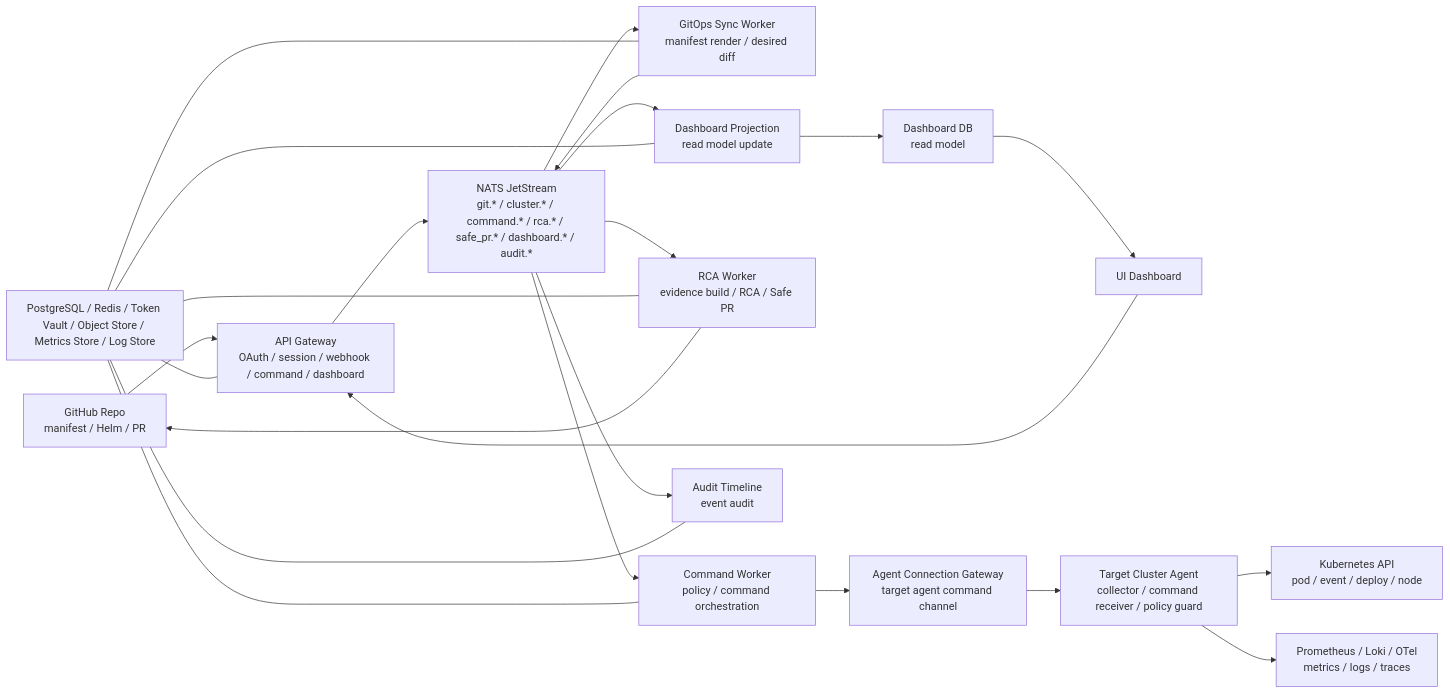
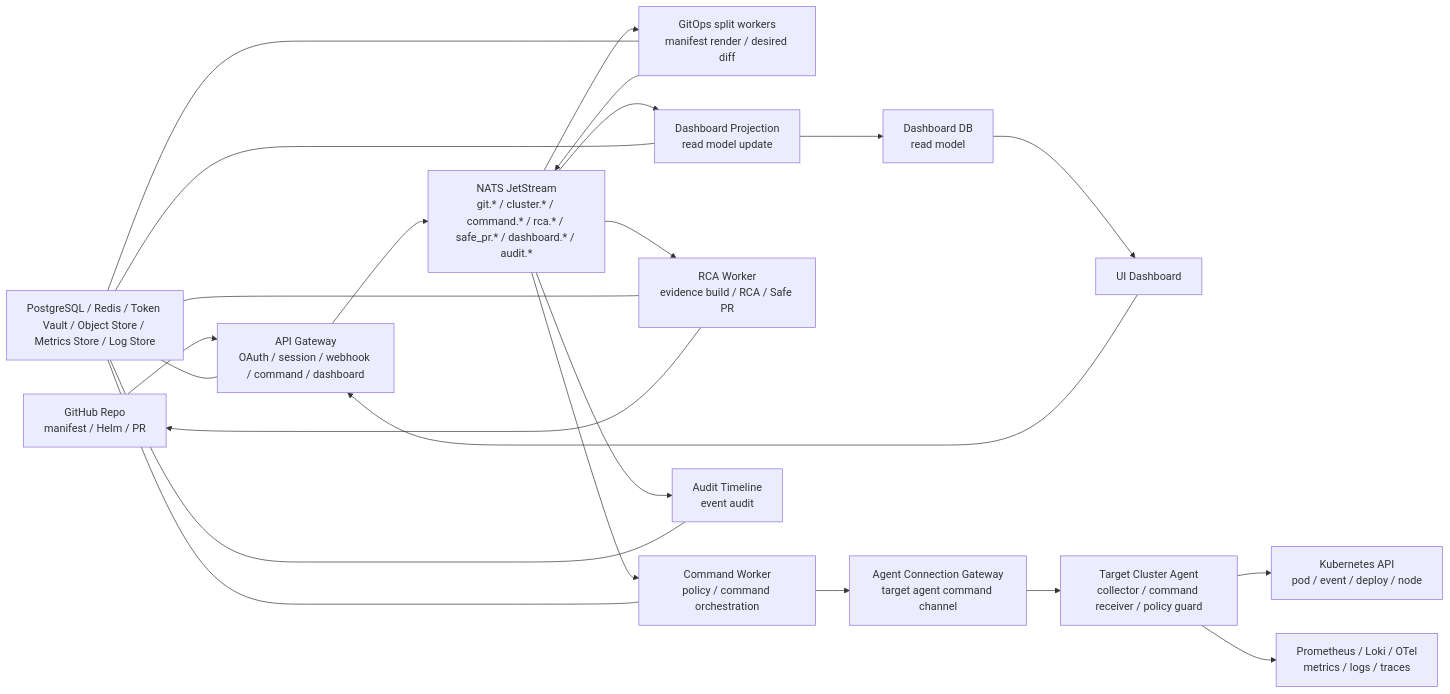
One commit to Jungle-303-04/final changed the diagram in docs/coach-one-page-plan.md. Above: the diagram before and after it, drawn with Mermaid. The commit also changed other lines of this file and 12 other files, not shown here.

````diff
--- a/docs/coach-one-page-plan.md
+++ b/docs/coach-one-page-plan.md
@@ -52,28 +52,28 @@
 ```mermaid
 flowchart LR
     Github["GitHub Repo<br/>manifest / Helm / PR"] --> Gateway["API Gateway<br/>OAuth / session / webhook / command / dashboard"]
     UI["UI Dashboard"] --> Gateway
     Gateway --> Bus["NATS JetStream<br/>git.* / cluster.* / command.* / rca.* / safe_pr.* / dashboard.* / audit.*"]
 
-    Bus --> GitOps["GitOps Sync Worker<br/>manifest render / desired diff"]
+    Bus --> GitOps["GitOps split workers<br/>manifest render / desired diff"]
     Bus --> Command["Command Worker<br/>policy / command orchestration"]
     Bus --> RCA["RCA Worker<br/>evidence build / RCA / Safe PR"]
     Bus --> Projection["Dashboard Projection<br/>read model update"]
     Bus --> Audit["Audit Timeline<br/>event audit"]
 
     GitOps --> Bus
     Command --> AgentGateway["Agent Connection Gateway<br/>target agent command channel"]
     AgentGateway --> TargetAgent["Target Cluster Agent<br/>collector / command receiver / policy guard"]
     TargetAgent --> K8S["Kubernetes API<br/>pod / event / deploy / node"]
     TargetAgent --> Telemetry["Prometheus / Loki / OTel<br/>metrics / logs / traces"]
     RCA --> Github
     Projection --> DashboardDB["Dashboard DB<br/>read model"]
     DashboardDB --> UI
 
     Storage["PostgreSQL / Redis / Token Vault / Object Store / Metrics Store / Log Store"] --- Gateway
     Storage --- GitOps
     Storage --- Command
     Storage --- RCA
     Storage --- Projection
     Storage --- Audit
 ```
````
